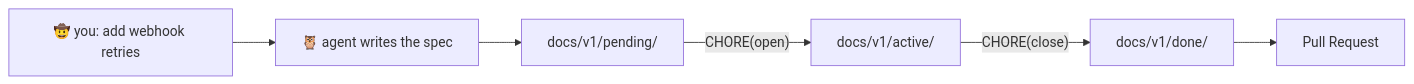
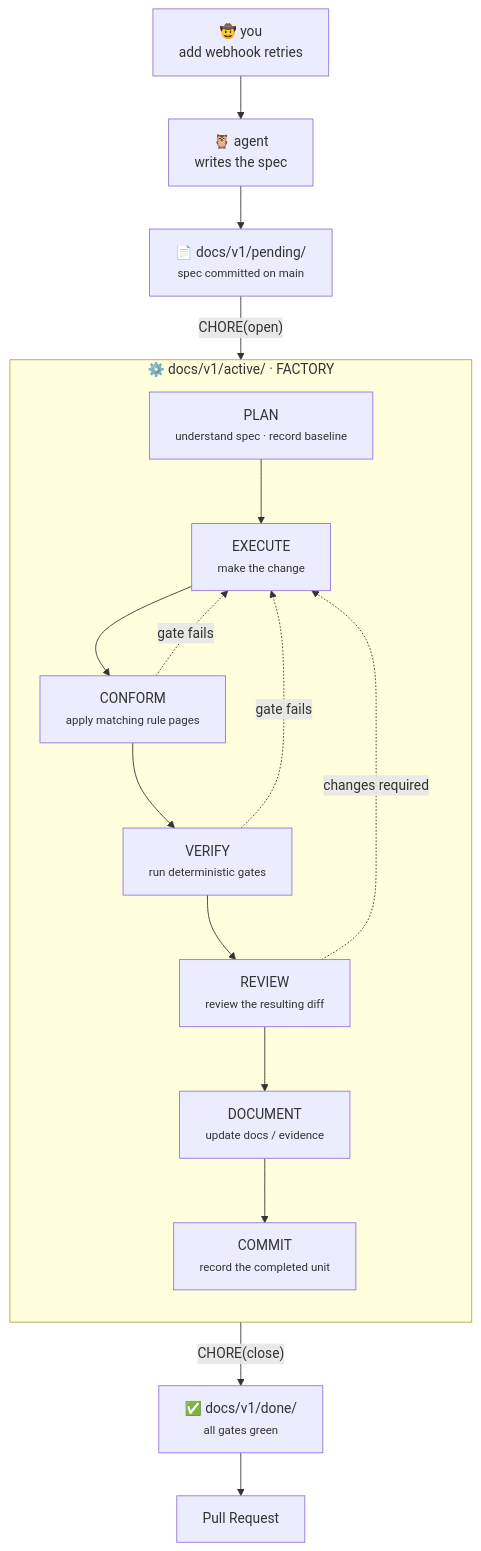
Before and after one commit to agentsfleet/orly: the second of 2 diagrams in README.md, drawn with Mermaid. The commit also changed other lines of this file and 2 other files, not shown here.

Commit message:
docs(readme): name the factory inside active/
The old section listed seven stages in a sentence and drew none of them, so
the page showed the three directories and hid the machinery that moves a spec
between them.

The factory is not a fourth status. Directories are lifecycle state, the
factory is execution machinery, and gates are transition authority. Keeping
those three apart is what makes the lifecycle mechanical rather than a
convention people remember.

Verified against core/operating-model.md before drawing it: all seven stage
headings exist at those names, and line 214 states that any red returns to
EXECUTE without advancing, which is what the three dashed edges show.

Release 0.6.2.

````diff
--- a/README.md
+++ b/README.md
@@ -131,8 +131,36 @@
 ```mermaid
-flowchart LR
-    you["🤠 you: add webhook retries"] --> agent["🦉 agent writes the spec"]
-    agent --> pending["docs/v1/pending/"]
-    pending -->|"CHORE(open)"| active["docs/v1/active/"]
-    active -->|"CHORE(close)"| done["docs/v1/done/"]
+flowchart TB
+    you["🤠 you<br/>add webhook retries"]
+    agent["🦉 agent<br/>writes the spec"]
+    pending["📄 docs/v1/pending/<br/><small>spec committed on main</small>"]
+
+    you --> agent
+    agent --> pending
+    pending -->|"CHORE(open)"| plan
+
+    subgraph factory["⚙️ docs/v1/active/ · FACTORY"]
+        direction TB
+
+        plan["PLAN<br/><small>understand spec · record baseline</small>"]
+        execute["EXECUTE<br/><small>make the change</small>"]
+        conform["CONFORM<br/><small>apply matching rule pages</small>"]
+        verify["VERIFY<br/><small>run deterministic gates</small>"]
+        review["REVIEW<br/><small>review the resulting diff</small>"]
+        document["DOCUMENT<br/><small>update docs / evidence</small>"]
+        commit["COMMIT<br/><small>record the completed unit</small>"]
+
+        plan --> execute
+        execute --> conform
+        conform --> verify
+        verify --> review
+        review --> document
+        document --> commit
+
+        conform -. "gate fails" .-> execute
+        verify -. "gate fails" .-> execute
+        review -. "changes required" .-> execute
+    end
+
+    commit -->|"CHORE(close)"| done["✅ docs/v1/done/<br/><small>all gates green</small>"]
     done --> pr["Pull Request"]
 ```
````
